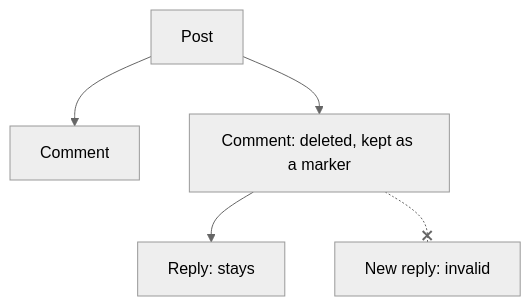
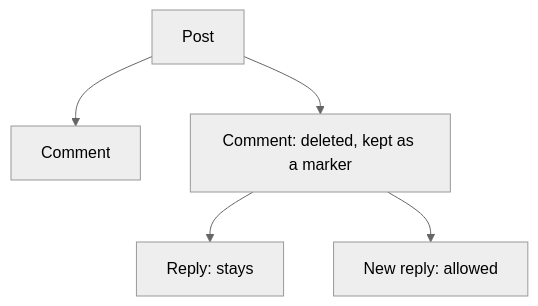
The seventh of 8 diagrams in docs/design.md (tigernilla1111/chainlink), drawn with Mermaid (neutral theme) before and after one commit. The commit also changed other lines of this file and 5 other files, not shown here.

````diff
--- a/docs/design.md
+++ b/docs/design.md
@@ -420,7 +425,7 @@
 ```mermaid
 flowchart TB
   post["Post"] --> c1["Comment"]
   post --> c2["Comment: deleted, kept as a marker"]
   c2 --> r1["Reply: stays"]
-  c2 -.-x r2["New reply: invalid"]
+  c2 --> r2["New reply: allowed"]
 ```
````
